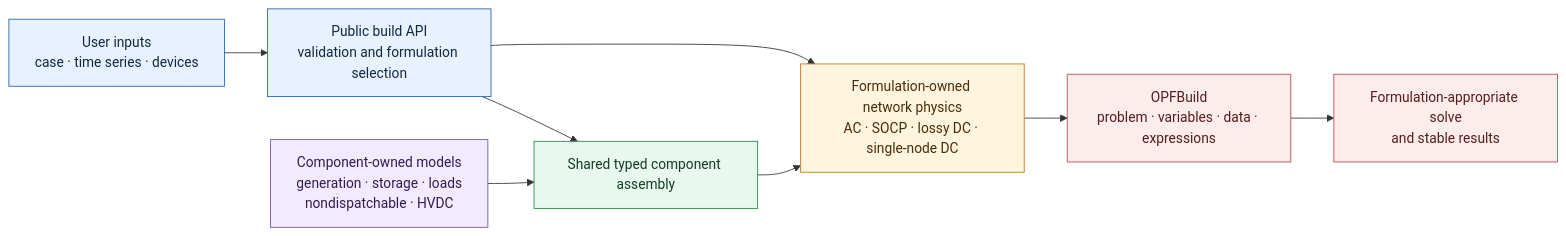
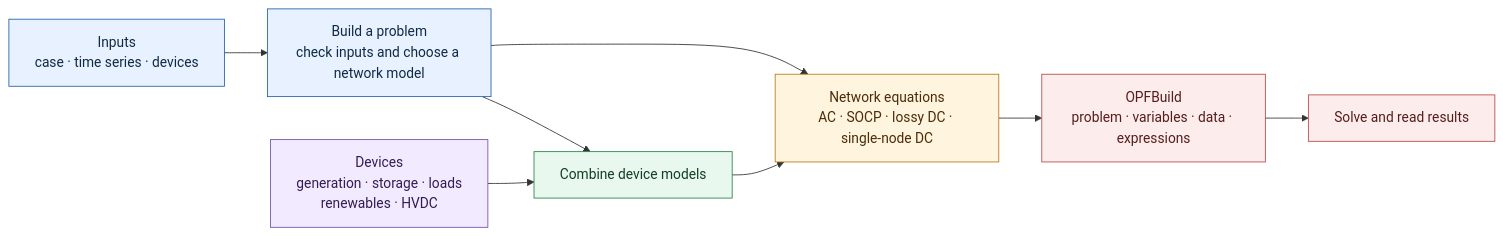
One commit to cvxgrp/cvxopf changed the diagram in docs/modeling.md. Above: the diagram before and after it, drawn with Mermaid. The commit also changed other lines of this file and 8 other files, not shown here.

````diff
--- a/docs/modeling.md
+++ b/docs/modeling.md
@@ -103,24 +79,24 @@
 ```mermaid
 flowchart LR
-    user["User inputs<br/>case · time series · devices"] --> api["Public build API<br/>validation and formulation selection"]
+    user["Inputs<br/>case · time series · devices"] --> api["Build a problem<br/>check inputs and choose a network model"]
 
-    api --> physics["Formulation-owned network physics<br/>AC · SOCP · lossy DC · single-node DC"]
-    api --> assembly["Shared typed component assembly"]
-    devices["Component-owned models<br/>generation · storage · loads<br/>nondispatchable · HVDC"] --> assembly
+    api --> physics["Network equations<br/>AC · SOCP · lossy DC · single-node DC"]
+    api --> assembly["Combine device models"]
+    devices["Devices<br/>generation · storage · loads<br/>renewables · HVDC"] --> assembly
     assembly --> physics
 
     physics --> build["OPFBuild<br/>problem · variables · data · expressions"]
-    build --> solve["Formulation-appropriate solve<br/>and stable results"]
+    build --> solve["Solve and read results"]
 
     classDef public fill:#e8f1ff,stroke:#2563a6,color:#102a43
     classDef formulation fill:#fff4dd,stroke:#b7791f,color:#4a2c0a
     classDef assembly fill:#e8f8ef,stroke:#27864b,color:#123d24
     classDef component fill:#f2eafe,stroke:#7650a8,color:#321c52
     classDef output fill:#fdecec,stroke:#b74b4b,color:#551d1d
 
     class user,api public
     class physics formulation
     class assembly assembly
     class devices component
     class build,solve output
 ```
````
